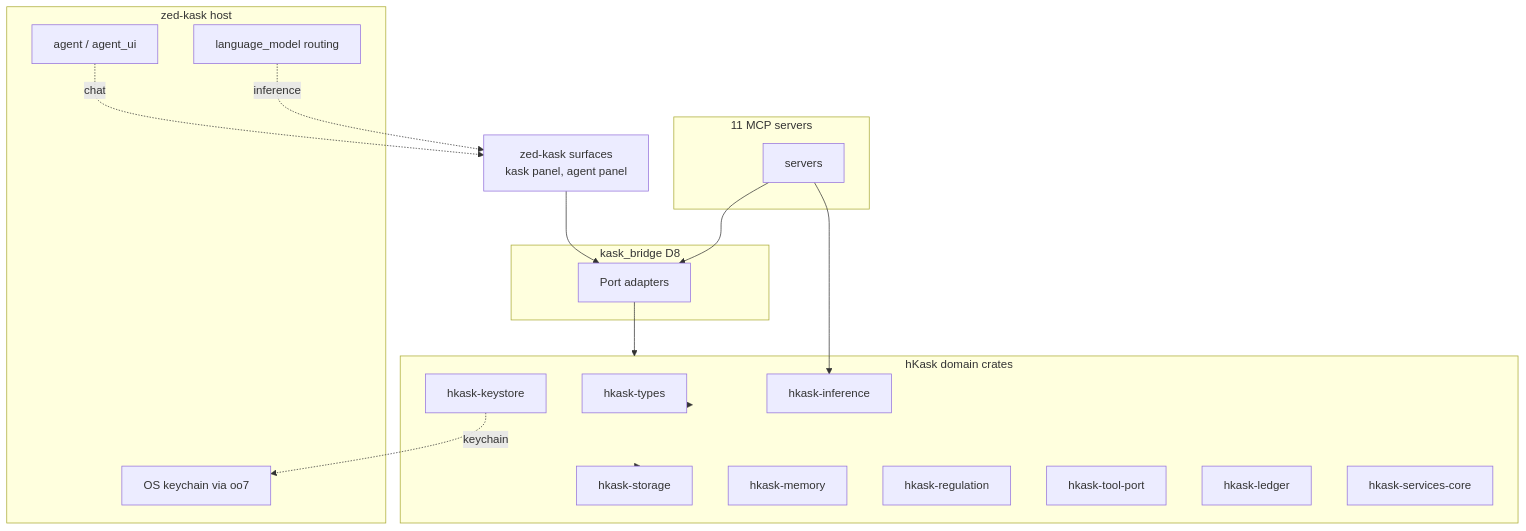
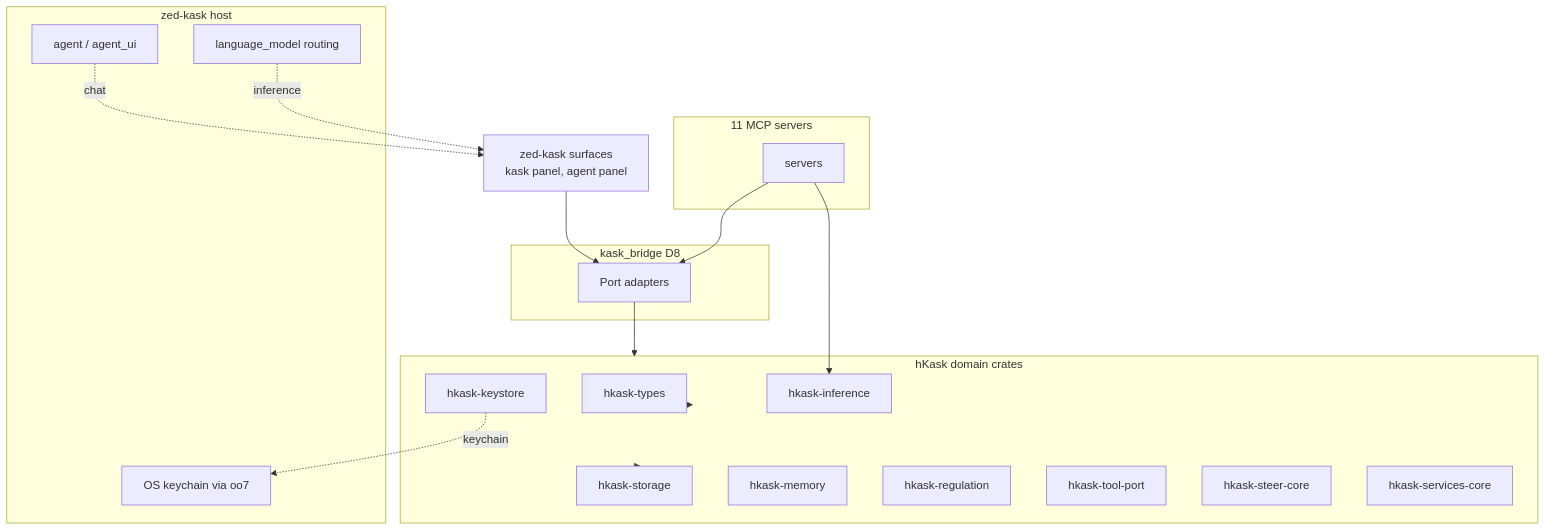
One commit to mdz-axo/zed-kask changed the diagram in kask/docs/architecture/core/MDS.md. Above: the diagram before and after it, drawn with Mermaid. The commit also changed other lines of this file and 22 other files, not shown here.

````diff
--- a/kask/docs/architecture/core/MDS.md
+++ b/kask/docs/architecture/core/MDS.md
@@ -516,36 +516,36 @@
 ```mermaid
 graph TD
     ZEDSURF["zed-kask surfaces<br/>kask panel, agent panel"]
     subgraph BRIDGE["kask_bridge D8"]
         ADAPT["Port adapters"]
     end
     subgraph MCP["11 MCP servers"]
         MSRV[servers]
     end
     subgraph HKASK["hKask domain crates"]
         TYPES[hkask-types]
         STORE[hkask-storage]
         MEM[hkask-memory]
         REG[hkask-regulation]
         CAP[hkask-tool-port]
         KS[hkask-keystore]
-        LEDGER[hkask-ledger]
+        STEER[hkask-steer-core]
         INF[hkask-inference]
         SVCCORE[hkask-services-core]
     end
     subgraph ZED["zed-kask host"]
         CRED[OS keychain via oo7]
         LM[language_model routing]
         AGENT[agent / agent_ui]
     end
 
     ZEDSURF --> ADAPT
     MSRV --> ADAPT
     ADAPT --> HKASK
     KS -.->|keychain| CRED
     MSRV --> INF
     HKASK --> TYPES
     HKASK --> STORE
     AGENT -.->|chat| ZEDSURF
     LM -.->|inference| ZEDSURF
 ```
````
